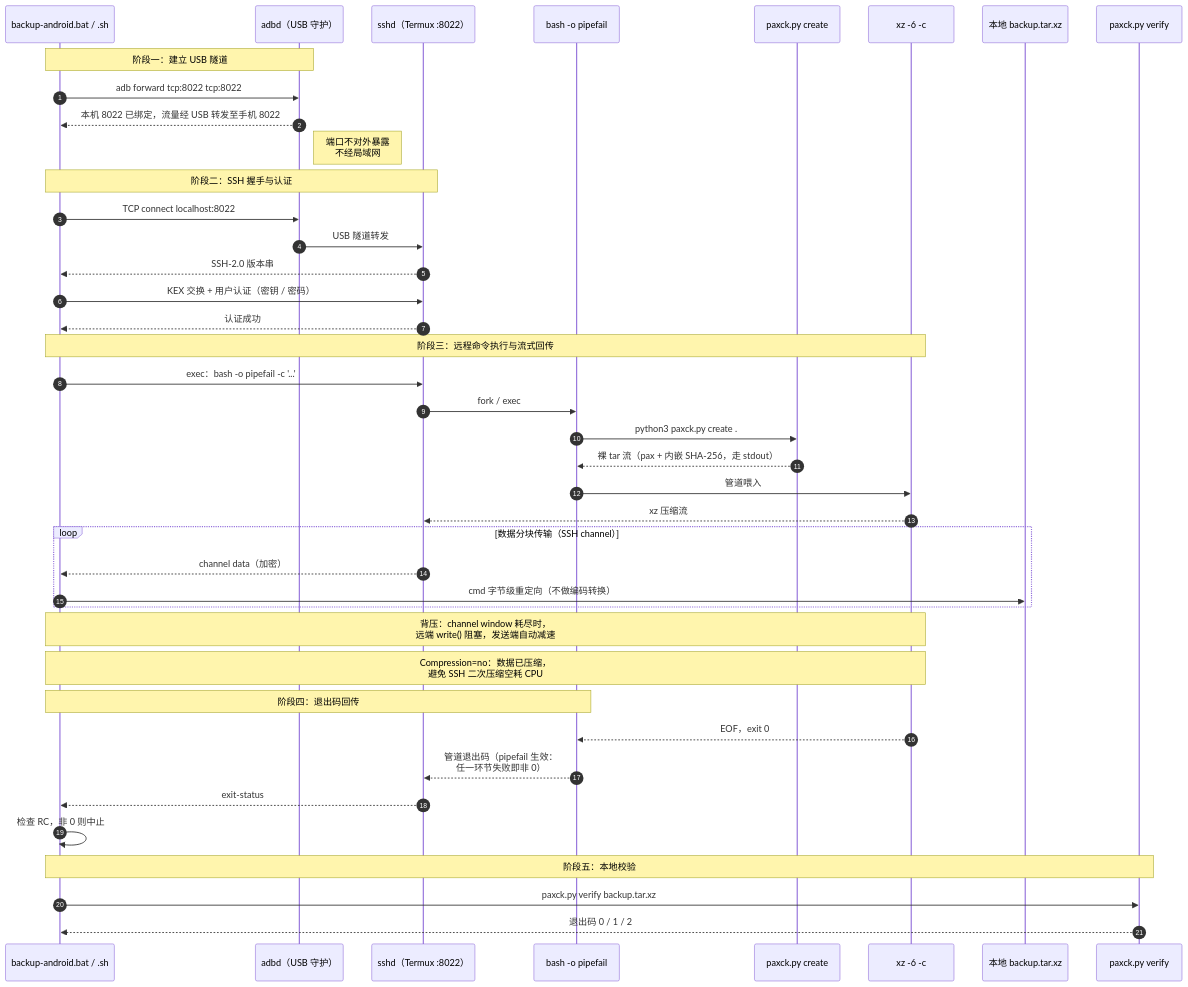
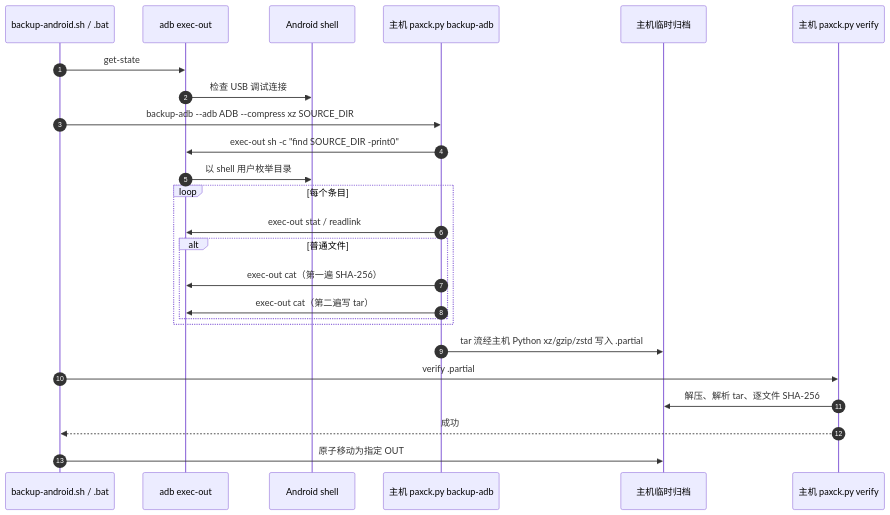
One commit to What410802/AndBackup changed the first of 2 diagrams in docs/flow.md. Above: the diagram before and after it, drawn with Mermaid. The commit also changed other lines of this file and 13 other files, not shown here.

Commit message:
feat: stream Android backups through adb

````diff
--- a/docs/flow.md
+++ b/docs/flow.md
@@ -13,50 +9,28 @@
 ```mermaid
 sequenceDiagram
     autonumber
-    participant BAT as backup-android.bat / .sh
-    participant ADB as adbd（USB 守护）
-    participant SSHD as sshd（Termux :8022）
-    participant BASH as bash -o pipefail
-    participant PY as paxck.py create
-    participant XZ as xz -6 -c
-    participant DISK as 本地 backup.tar.xz
-    participant VFY as paxck.py verify
+    participant SH as backup-android.sh / .bat
+    participant ADB as adb exec-out
+    participant SYS as Android shell
+    participant PX as 主机 paxck.py backup-adb
+    participant DISK as 主机临时归档
+    participant VFY as 主机 paxck.py verify
 
-    Note over BAT,ADB: 阶段一：建立 USB 隧道
-    BAT->>ADB: adb forward tcp:8022 tcp:8022
-    ADB-->>BAT: 本机 8022 已绑定，流量经 USB 转发至手机 8022
-    Note right of ADB: 端口不对外暴露<br/>不经局域网
-
-    Note over BAT,SSHD: 阶段二：SSH 握手与认证
-    BAT->>ADB: TCP connect localhost:8022
-    ADB->>SSHD: USB 隧道转发
-    SSHD-->>BAT: SSH-2.0 版本串
-    BAT->>SSHD: KEX 交换 + 用户认证（密钥 / 密码）
-    SSHD-->>BAT: 认证成功
-
-    Note over BAT,XZ: 阶段三：远程命令执行与流式回传
-    BAT->>SSHD: exec：bash -o pipefail -c '...'
-    SSHD->>BASH: fork / exec
-    BASH->>PY: python3 paxck.py create .
-    PY-->>BASH: 裸 tar 流（pax + 内嵌 SHA-256，走 stdout）
-    BASH->>XZ: 管道喂入
-    XZ-->>SSHD: xz 压缩流
-
-    loop 数据分块传输（SSH channel）
-        SSHD-->>BAT: channel data（加密）
-        BAT->>DISK: cmd 字节级重定向（不做编码转换）
+    SH->>ADB: get-state
+    ADB->>SYS: 检查 USB 调试连接
+    SH->>PX: backup-adb --adb ADB --compress xz SOURCE_DIR
+    PX->>ADB: exec-out sh -c "find SOURCE_DIR -print0"
+    ADB->>SYS: 以 shell 用户枚举目录
+    loop 每个条目
+        PX->>ADB: exec-out stat / readlink
+        alt 普通文件
+            PX->>ADB: exec-out cat（第一遍 SHA-256）
+            PX->>ADB: exec-out cat（第二遍写 tar）
+        end
     end
-
-    Note over XZ,BAT: 背压：channel window 耗尽时，<br/>远端 write() 阻塞，发送端自动减速
-    Note over XZ,BAT: Compression=no：数据已压缩，<br/>避免 SSH 二次压缩空耗 CPU
-
-    Note over BASH,BAT: 阶段四：退出码回传
-    XZ-->>BASH: EOF，exit 0
-    BASH-->>SSHD: 管道退出码（pipefail 生效：<br/>任一环节失败即非 0）
-    SSHD-->>BAT: exit-status
-    BAT->>BAT: 检查 RC，非 0 则中止
-
-    Note over BAT,VFY: 阶段五：本地校验
-    BAT->>VFY: paxck.py verify backup.tar.xz
-    VFY-->>BAT: 退出码 0 / 1 / 2
+    PX->>DISK: tar 流经主机 Python xz/gzip/zstd 写入 .partial
+    SH->>VFY: verify .partial
+    VFY->>DISK: 解压、解析 tar、逐文件 SHA-256
+    VFY-->>SH: 成功
+    SH->>DISK: 原子移动为指定 OUT
 ```
````
